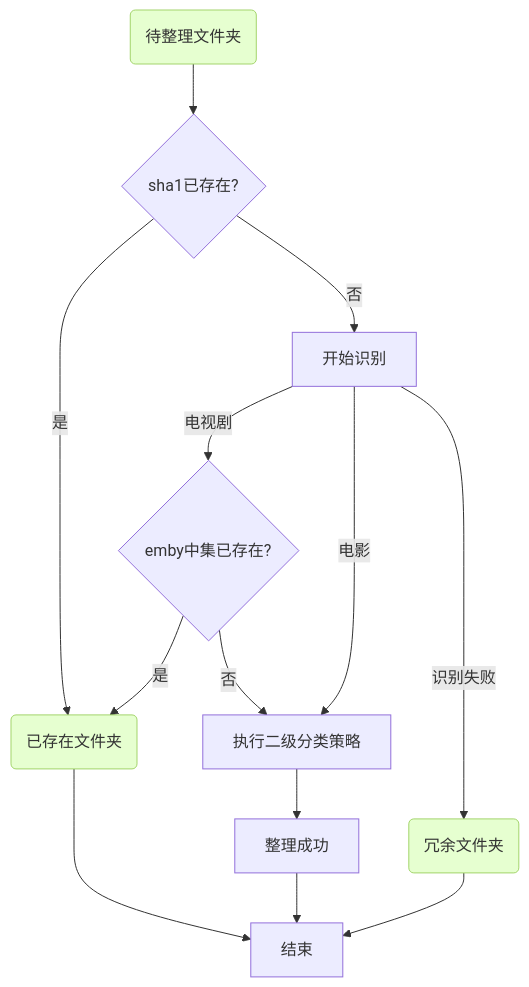
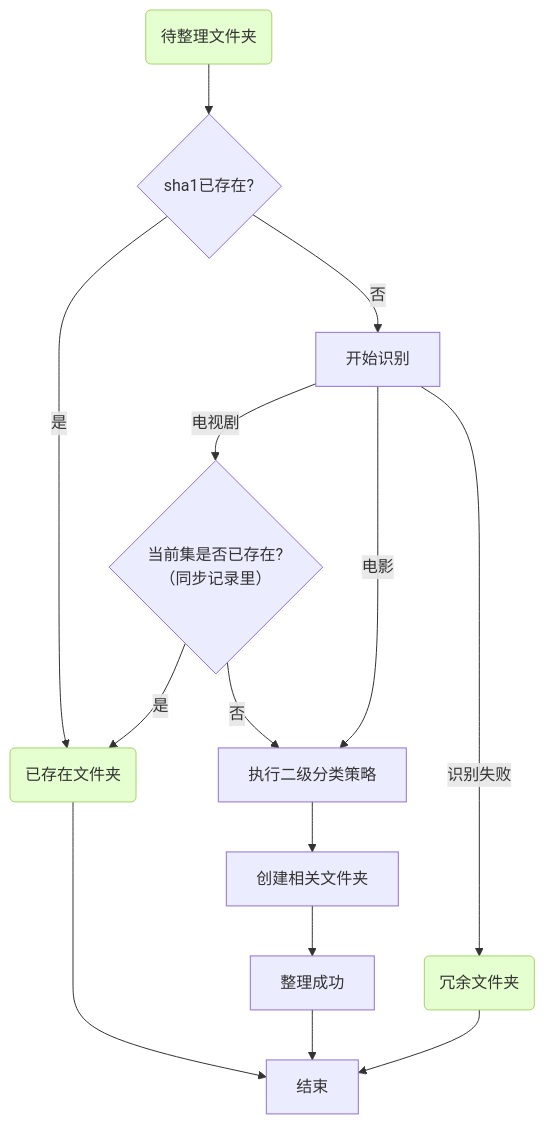
The diagram in docs/auto-organize.md (Foundcodep/cms-docs), drawn with Mermaid before and after one commit.

Commit message:
更新自动整理流程

````diff
--- a/docs/auto-organize.md
+++ b/docs/auto-organize.md
@@ -10,18 +10,20 @@
 ```mermaid
 graph TD
     A(待整理文件夹) --> B{sha1已存在?}
     B -->|是| C(已存在文件夹)
     C --> Z[结束]
     B -->|否| D[开始识别]
-    D -->|电视剧| G{emby中集已存在?}
+    D -->|电视剧| G{当前集是否已存在?
+    （同步记录里）}
     G -->|否| J[执行二级分类策略]
     G -->|是| C
-    J --> M[整理成功]
+    J --> MM[创建相关文件夹]
+    MM --> M[整理成功]
     M --> Z
     D -->|电影| J
     D -->|识别失败| K(冗余文件夹)
     K --> Z
     style A fill:#e6ffd0,stroke:#a3d46b
     style C fill:#e6ffd0,stroke:#a3d46b
     style K fill:#e6ffd0,stroke:#a3d46b
 ```
````
